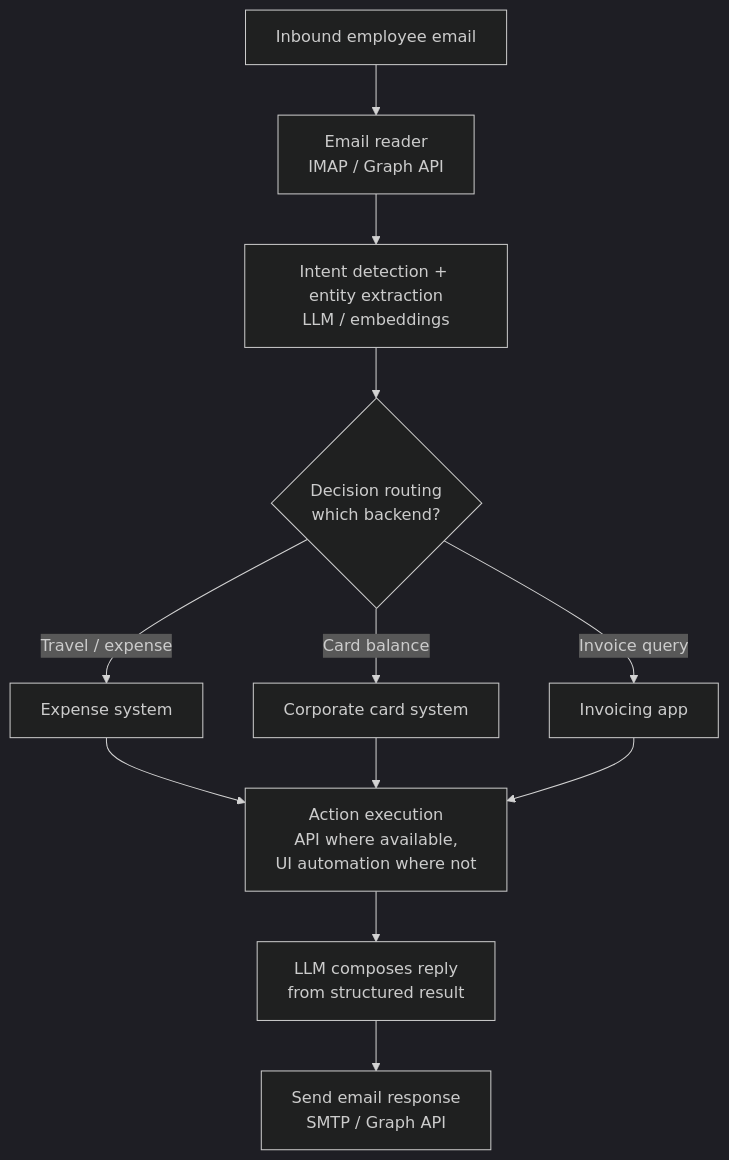
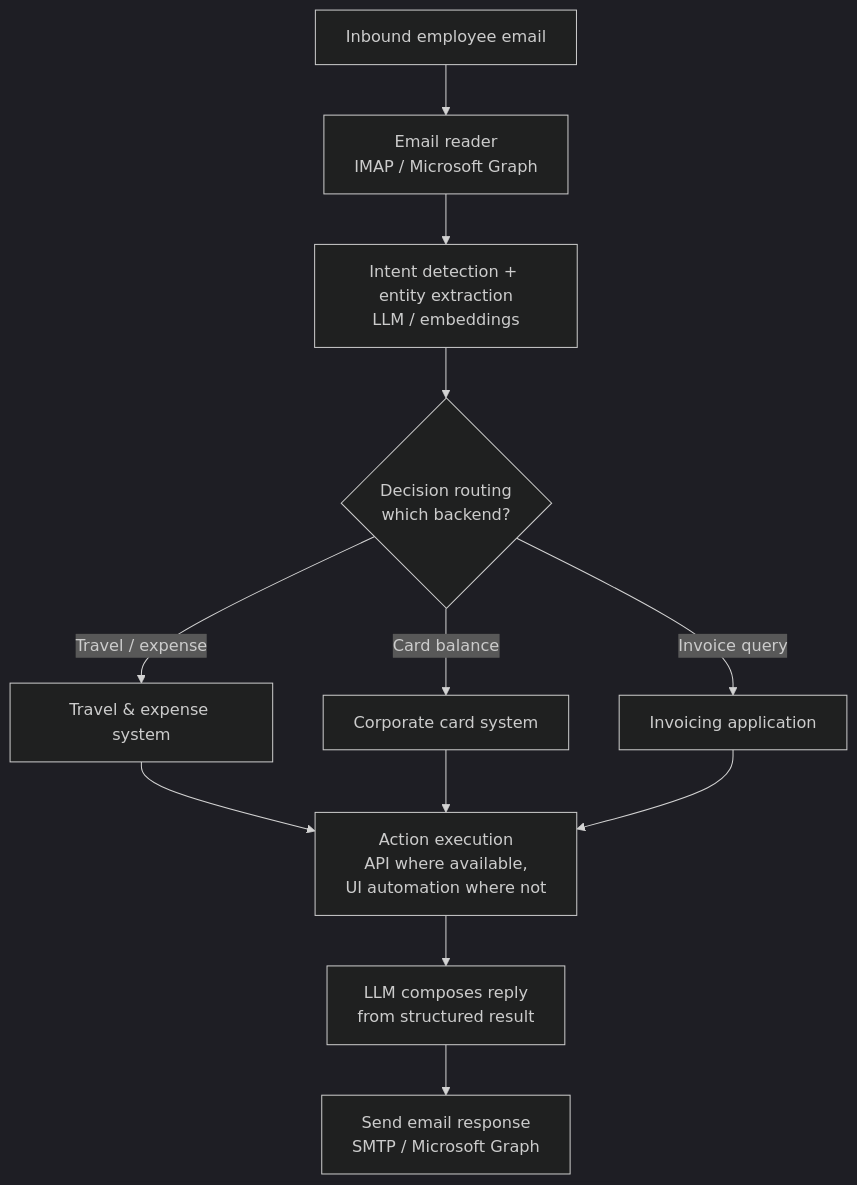
The diagram in solution-center-automation.md (rajuslaw/rajuslaw), drawn with Mermaid (dark theme) before and after one commit. The commit also changed other lines of this file and 2 other files, not shown here.

````diff
--- a/solution-center-automation.md
+++ b/solution-center-automation.md
@@ -27,12 +47,12 @@
 ```mermaid
 flowchart TB
-    EMAIL[Inbound employee email] --> READ[Email reader<br/>IMAP / Graph API]
+    EMAIL[Inbound employee email] --> READ[Email reader<br/>IMAP / Microsoft Graph]
     READ --> NLU[Intent detection + entity extraction<br/>LLM / embeddings]
     NLU --> ROUTE{Decision routing<br/>which backend?}
-    ROUTE -->|Travel / expense| S1[Expense system]
+    ROUTE -->|Travel / expense| S1[Travel &amp; expense system]
     ROUTE -->|Card balance| S2[Corporate card system]
-    ROUTE -->|Invoice query| S3[Invoicing app]
+    ROUTE -->|Invoice query| S3[Invoicing application]
     S1 & S2 & S3 --> EXEC[Action execution<br/>API where available,<br/>UI automation where not]
     EXEC --> GEN[LLM composes reply<br/>from structured result]
-    GEN --> SEND[Send email response<br/>SMTP / Graph API]
+    GEN --> SEND[Send email response<br/>SMTP / Microsoft Graph]
 ```
````
